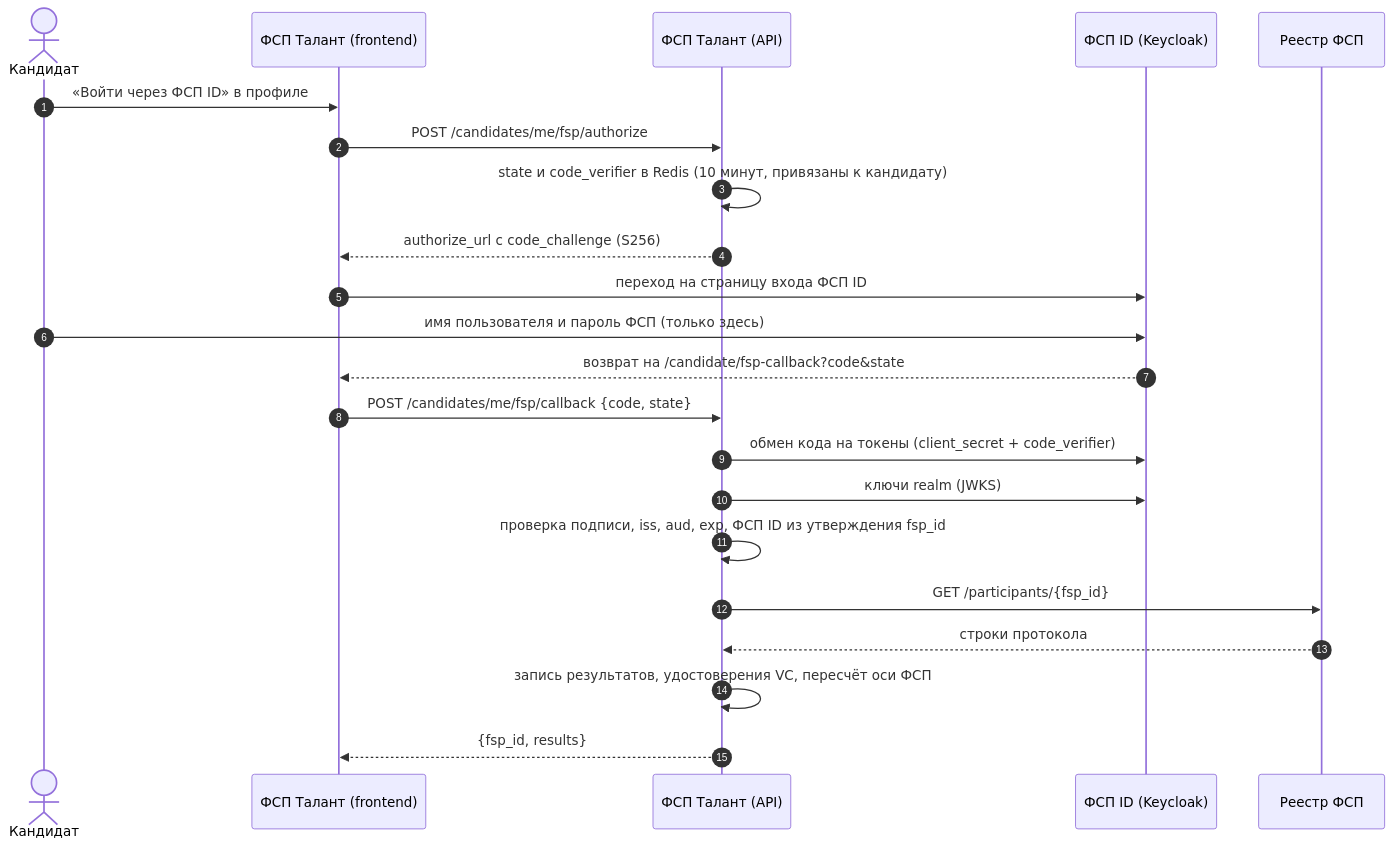
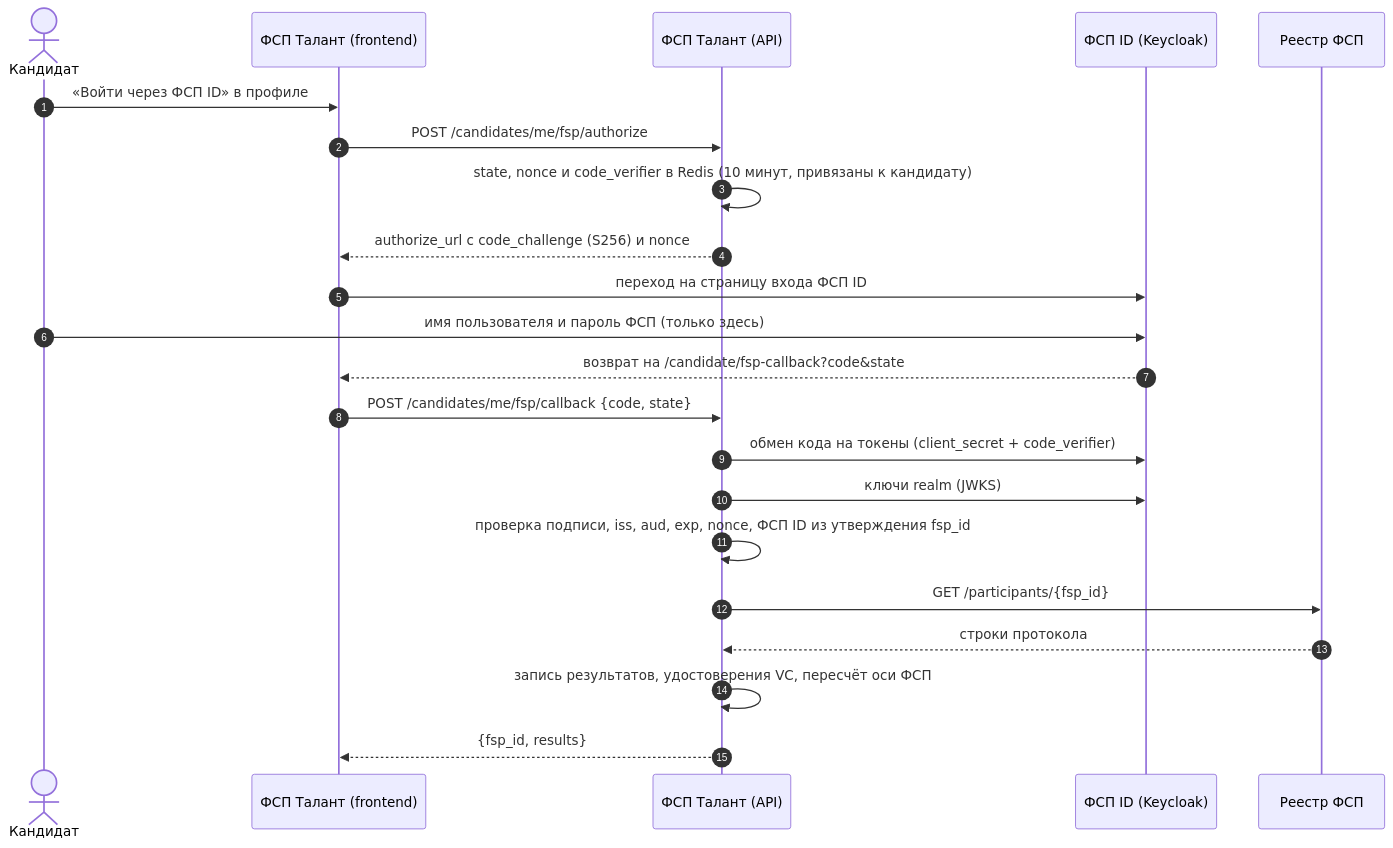
One commit to KonkovDV/fsp-talent changed the first of 2 diagrams in docs/FSP_INTEGRATION.md. Above: the diagram before and after it, drawn with Mermaid. The commit also changed other lines of this file and 165 other files, not shown here.

````diff
--- a/docs/FSP_INTEGRATION.md
+++ b/docs/FSP_INTEGRATION.md
@@ -15,24 +15,24 @@
 ```mermaid
 sequenceDiagram
     autonumber
     actor К as Кандидат
     participant П as ФСП Талант (frontend)
     participant A as ФСП Талант (API)
     participant ID as ФСП ID (Keycloak)
     participant Р as Реестр ФСП
     К->>П: «Войти через ФСП ID» в профиле
     П->>A: POST /candidates/me/fsp/authorize
-    A->>A: state и code_verifier в Redis (10 минут, привязаны к кандидату)
-    A-->>П: authorize_url с code_challenge (S256)
+    A->>A: state, nonce и code_verifier в Redis (10 минут, привязаны к кандидату)
+    A-->>П: authorize_url с code_challenge (S256) и nonce
     П->>ID: переход на страницу входа ФСП ID
     К->>ID: имя пользователя и пароль ФСП (только здесь)
     ID-->>П: возврат на /candidate/fsp-callback?code&state
     П->>A: POST /candidates/me/fsp/callback {code, state}
     A->>ID: обмен кода на токены (client_secret + code_verifier)
     A->>ID: ключи realm (JWKS)
-    A->>A: проверка подписи, iss, aud, exp, ФСП ID из утверждения fsp_id
+    A->>A: проверка подписи, iss, aud, exp, nonce, ФСП ID из утверждения fsp_id
     A->>Р: GET /participants/{fsp_id}
     Р-->>A: строки протокола
     A->>A: запись результатов, удостоверения VC, пересчёт оси ФСП
     A-->>П: {fsp_id, results}
 ```
````
